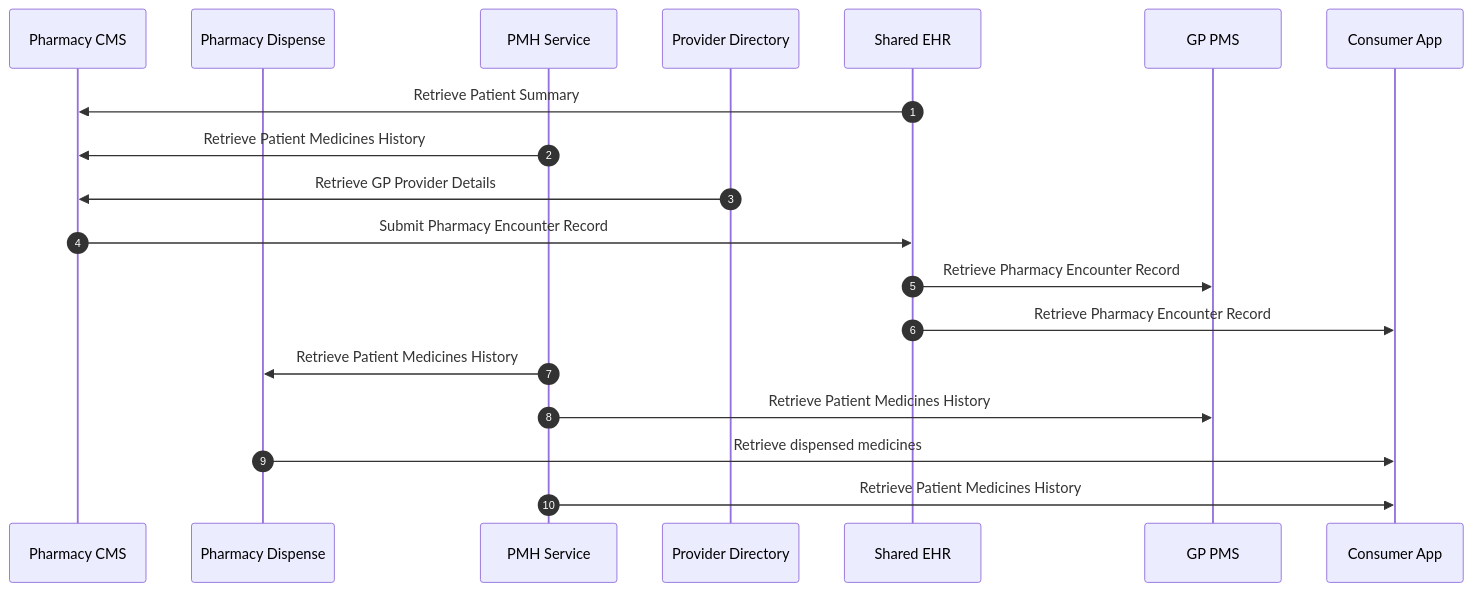
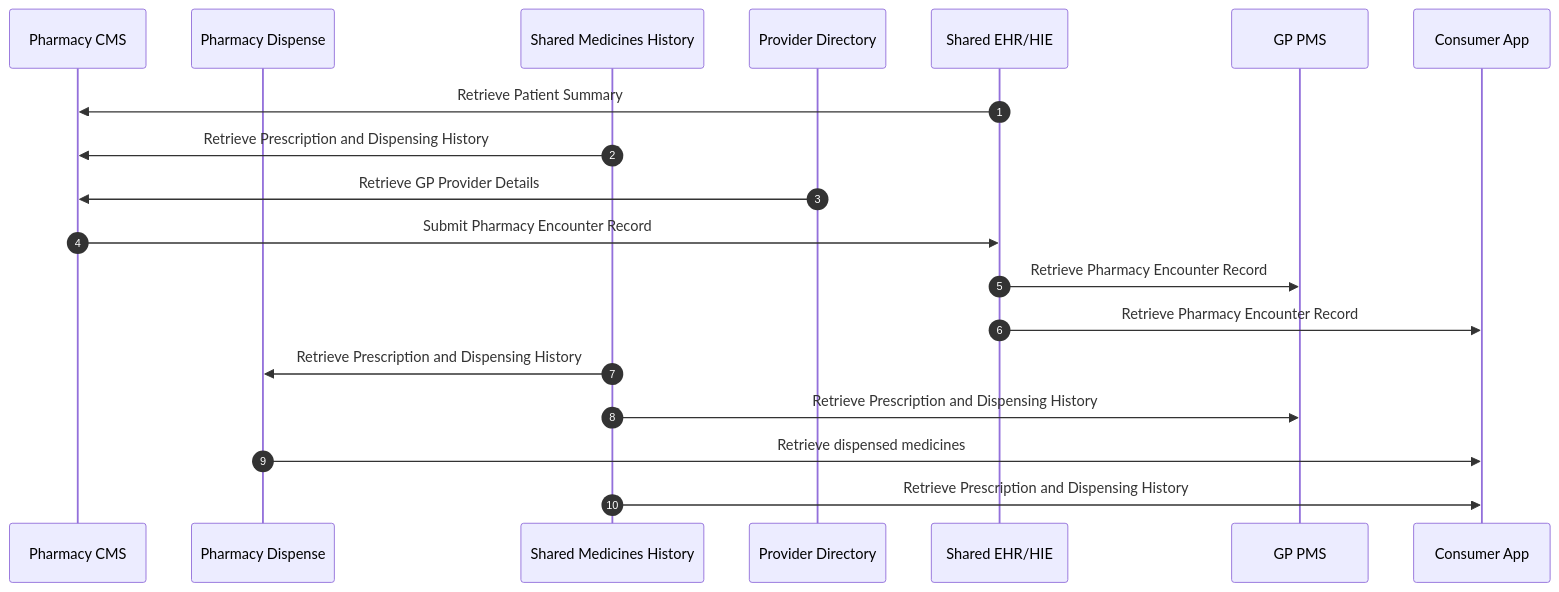
Before and after one commit to hl7au/au-fhir-test-data: the fifth of 7 diagrams in au-fhir-test-data-set/connected-care/Alex Story Interactions.md, drawn with Mermaid. The commit also changed other lines of this file, not shown here.

Commit message:
Updated Alex Story Interactions to add interaction summary and links to test data. Updated some sequences

````diff
--- a/au-fhir-test-data-set/connected-care/Alex Story Interactions.md
+++ b/au-fhir-test-data-set/connected-care/Alex Story Interactions.md
@@ -139,27 +215,27 @@
 ```mermaid
 sequenceDiagram
     autonumber
     participant PCMS as Pharmacy CMS
     participant PDMS as Pharmacy Dispense
-    participant PMH as PMH Service
+    participant PMH as Shared Medicines History
     participant PD as Provider Directory
-    participant SEHR as Shared EHR
+    participant SEHR as Shared EHR/HIE
     participant GPPMS as GP PMS
     participant PatApp as Consumer App
 
     SEHR->>PCMS: Retrieve Patient Summary
 
-    PMH->>PCMS: Retrieve Patient Medicines History
+    PMH->>PCMS: Retrieve Prescription and Dispensing History
 
     PD->>PCMS: Retrieve GP Provider Details
     PCMS->>SEHR: Submit Pharmacy Encounter Record
     SEHR->>GPPMS: Retrieve Pharmacy Encounter Record
     SEHR->>PatApp: Retrieve Pharmacy Encounter Record
 
-    PMH->>PDMS: Retrieve Patient Medicines History
+    PMH->>PDMS: Retrieve Prescription and Dispensing History
 
-    PMH->>GPPMS: Retrieve Patient Medicines History
+    PMH->>GPPMS: Retrieve Prescription and Dispensing History
 
     PDMS->>PatApp: Retrieve dispensed medicines
-    PMH->>PatApp: Retrieve Patient Medicines History
+    PMH->>PatApp: Retrieve Prescription and Dispensing History
 ```
````
